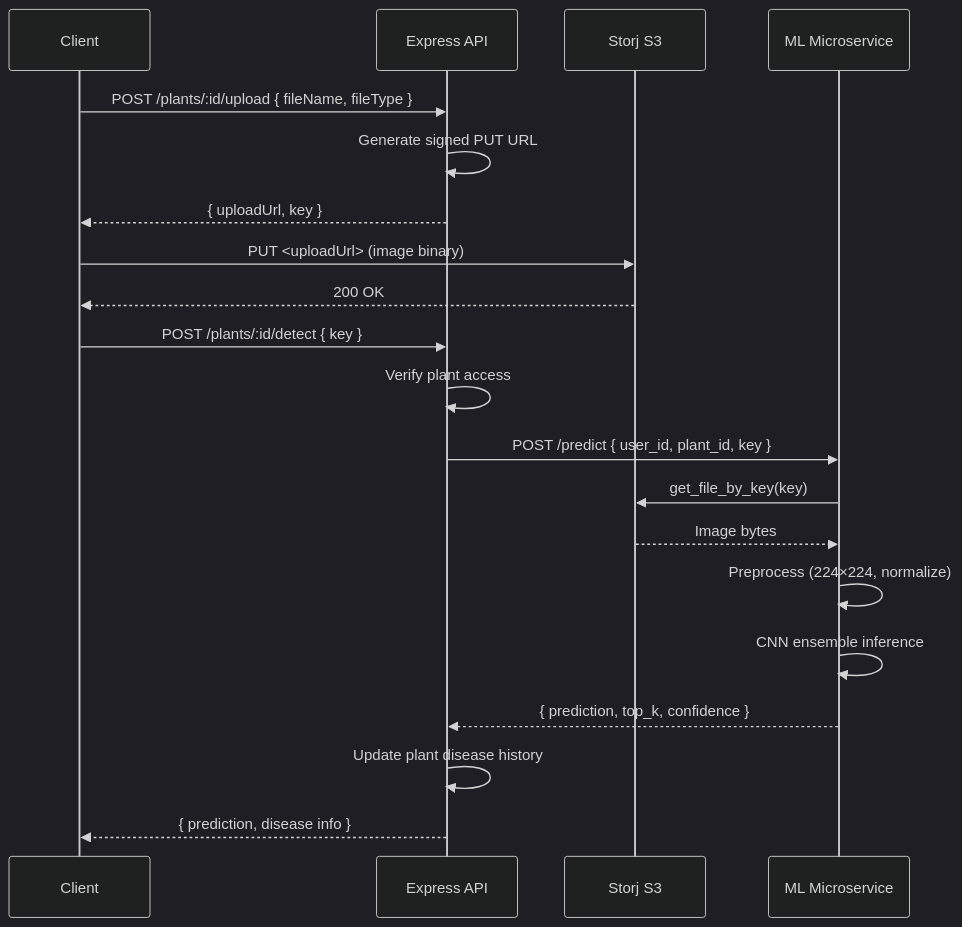
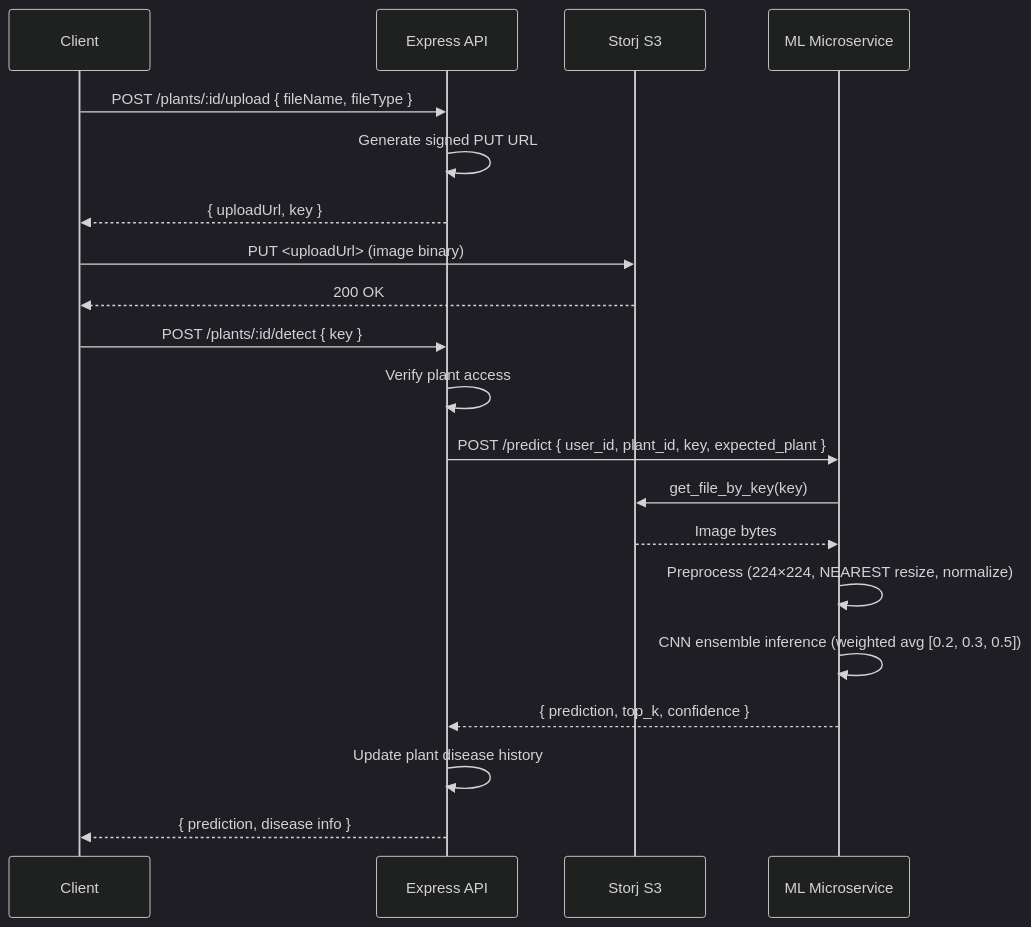
The fifth of 9 diagrams in Backend/README.md (AH0Cs50/TerraVision_AI), drawn with Mermaid (dark theme) before and after one commit. The commit also changed other lines of this file and 20 other files, not shown here.

````diff
--- a/Backend/README.md
+++ b/Backend/README.md
@@ -989,24 +1044,24 @@
 ```mermaid
 sequenceDiagram
     participant Client
     participant API as Express API
     participant S3 as Storj S3
     participant ML as ML Microservice
 
     Client->>API: POST /plants/:id/upload { fileName, fileType }
     API->>API: Generate signed PUT URL
     API-->>Client: { uploadUrl, key }
     Client->>S3: PUT <uploadUrl> (image binary)
     S3-->>Client: 200 OK
 
     Client->>API: POST /plants/:id/detect { key }
     API->>API: Verify plant access
-    API->>ML: POST /predict { user_id, plant_id, key }
+    API->>ML: POST /predict { user_id, plant_id, key, expected_plant }
     ML->>S3: get_file_by_key(key)
     S3-->>ML: Image bytes
-    ML->>ML: Preprocess (224×224, normalize)
-    ML->>ML: CNN ensemble inference
+    ML->>ML: Preprocess (224×224, NEAREST resize, normalize)
+    ML->>ML: CNN ensemble inference (weighted avg [0.2, 0.3, 0.5])
     ML-->>API: { prediction, top_k, confidence }
     API->>API: Update plant disease history
     API-->>Client: { prediction, disease info }
 ```
````
